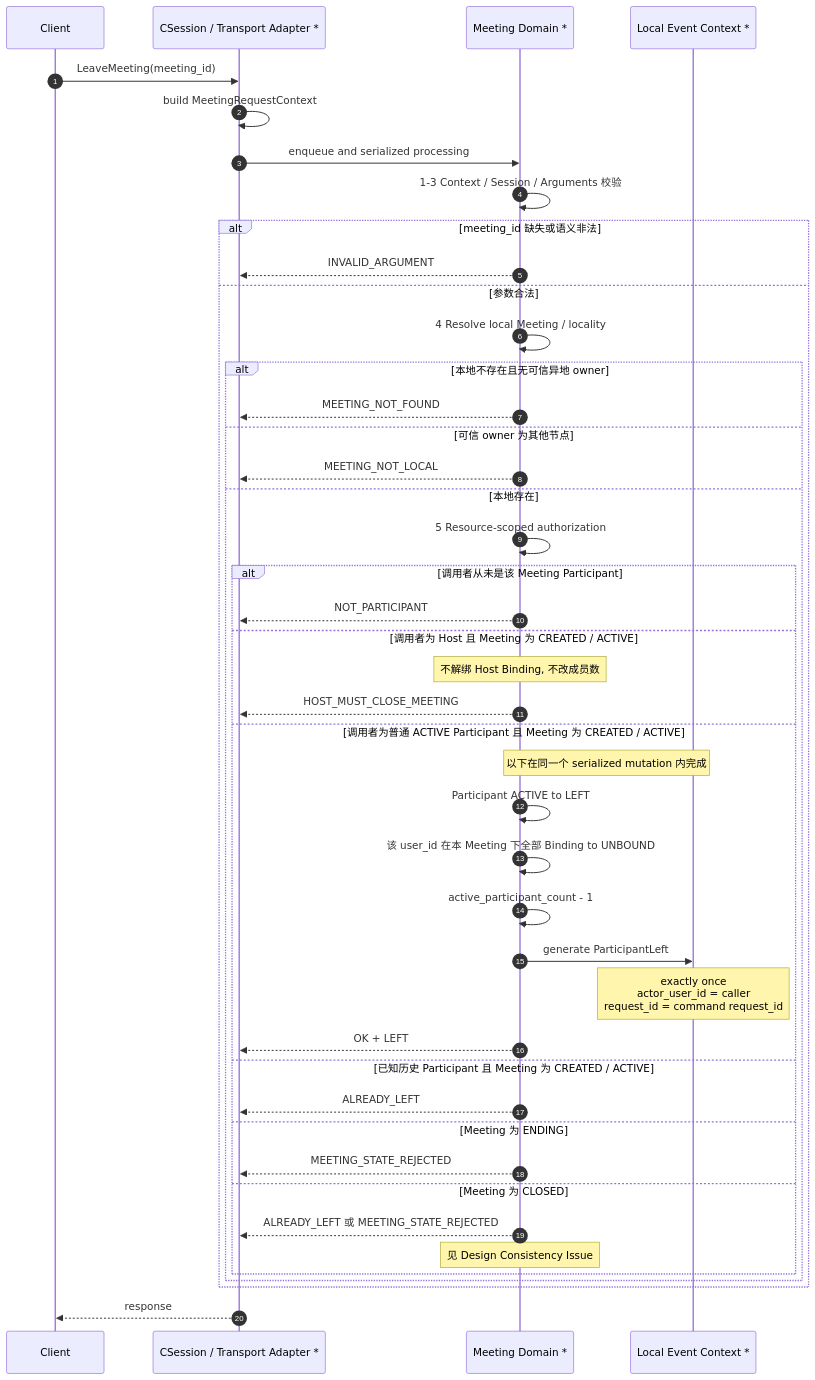
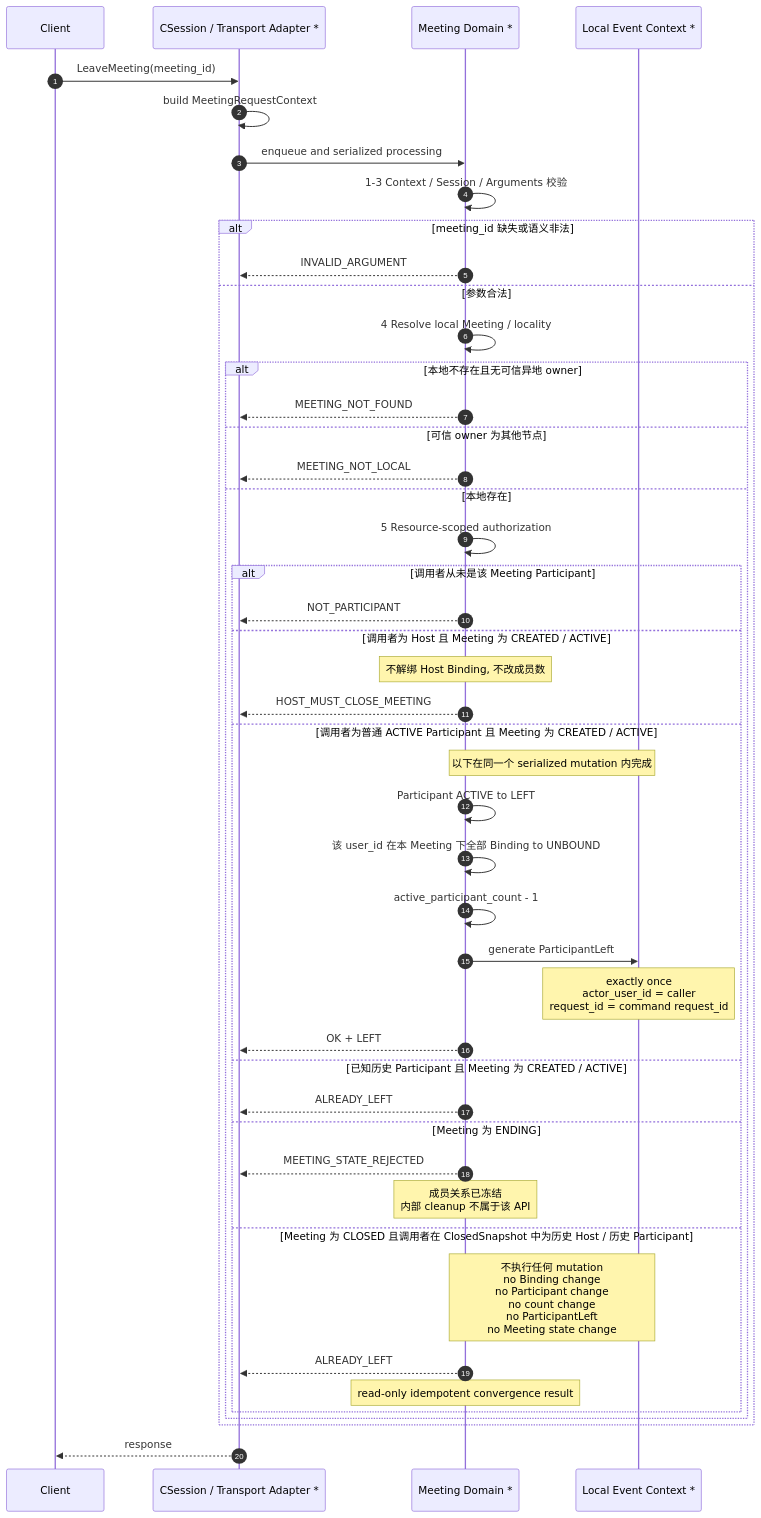
One commit to tobeki/rtc-signaling-platform changed the seventh of 17 diagrams in docs/phase1/STEP-1.5-core-sequences.md. Above: the diagram before and after it, drawn with Mermaid. The commit also changed other lines of this file and 1 other file, not shown here.

Commit message:
docs(phase1): unify CLOSED LeaveMeeting semantics - historical identity returns ALREADY_LEFT, ENDING keeps MEETING_STATE_REJECTED

````diff
--- a/docs/phase1/STEP-1.5-core-sequences.md
+++ b/docs/phase1/STEP-1.5-core-sequences.md
@@ -375,47 +375,49 @@
 ```mermaid
 sequenceDiagram
     autonumber
     participant C as Client
     participant A as CSession / Transport Adapter *
     participant M as Meeting Domain *
     participant E as Local Event Context *
 
     C->>A: LeaveMeeting(meeting_id)
     A->>A: build MeetingRequestContext
     A->>M: enqueue and serialized processing
     M->>M: 1-3 Context / Session / Arguments 校验
     alt meeting_id 缺失或语义非法
         M-->>A: INVALID_ARGUMENT
     else 参数合法
         M->>M: 4 Resolve local Meeting / locality
         alt 本地不存在且无可信异地 owner
             M-->>A: MEETING_NOT_FOUND
         else 可信 owner 为其他节点
             M-->>A: MEETING_NOT_LOCAL
         else 本地存在
             M->>M: 5 Resource-scoped authorization
             alt 调用者从未是该 Meeting Participant
                 M-->>A: NOT_PARTICIPANT
             else 调用者为 Host 且 Meeting 为 CREATED / ACTIVE
                 Note over M: 不解绑 Host Binding, 不改成员数
                 M-->>A: HOST_MUST_CLOSE_MEETING
             else 调用者为普通 ACTIVE Participant 且 Meeting 为 CREATED / ACTIVE
                 Note over M,E: 以下在同一个 serialized mutation 内完成
                 M->>M: Participant ACTIVE to LEFT
                 M->>M: 该 user_id 在本 Meeting 下全部 Binding to UNBOUND
                 M->>M: active_participant_count - 1
                 M->>E: generate ParticipantLeft
                 Note over E: exactly once<br/>actor_user_id = caller<br/>request_id = command request_id
                 M-->>A: OK + LEFT
             else 已知历史 Participant 且 Meeting 为 CREATED / ACTIVE
                 M-->>A: ALREADY_LEFT
             else Meeting 为 ENDING
                 M-->>A: MEETING_STATE_REJECTED
-            else Meeting 为 CLOSED
-                M-->>A: ALREADY_LEFT 或 MEETING_STATE_REJECTED
-                Note over M: 见 Design Consistency Issue #1
+                Note over M: 成员关系已冻结<br/>内部 cleanup 不属于该 API
+            else Meeting 为 CLOSED 且调用者在 ClosedSnapshot 中为历史 Host / 历史 Participant
+                Note over M,E: 不执行任何 mutation<br/>no Binding change<br/>no Participant change<br/>no count change<br/>no ParticipantLeft<br/>no Meeting state change
+                M-->>A: ALREADY_LEFT
+                Note over M: read-only idempotent convergence result
             end
         end
     end
     A-->>C: response
 ```
````
